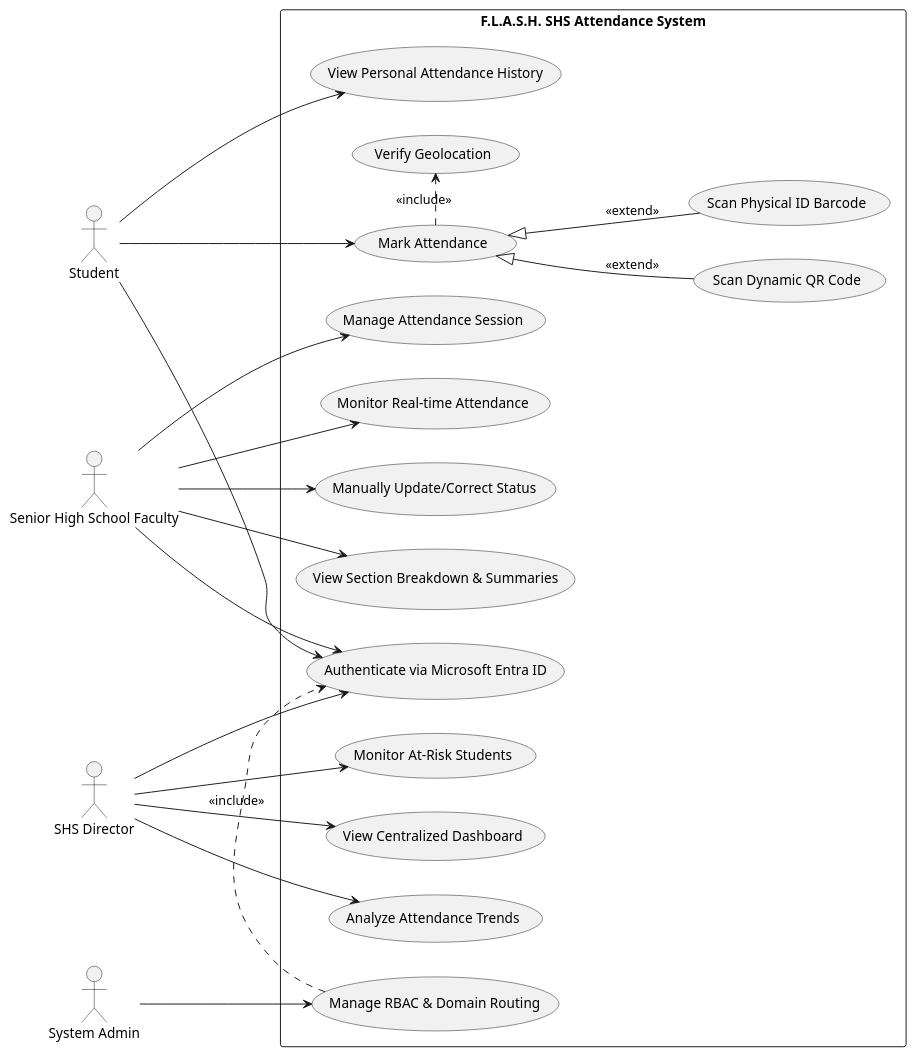
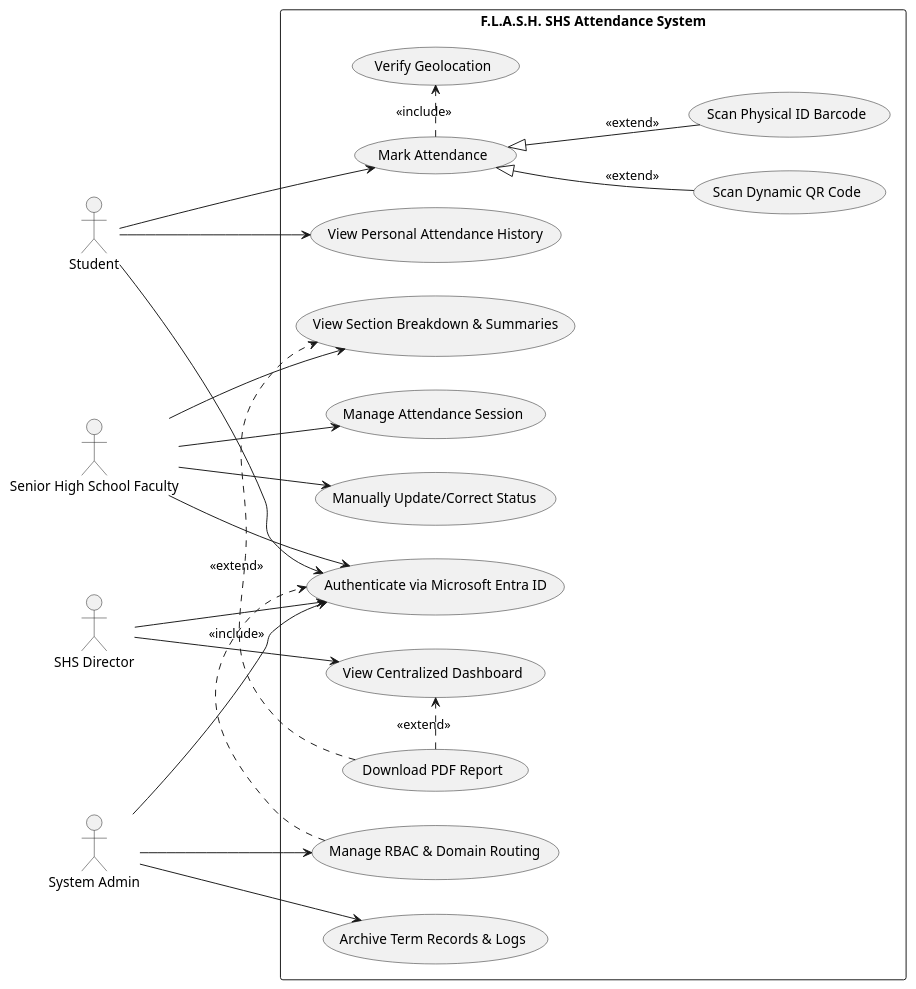
The diagram in docs/MSYADD1/Use case diagram for F.L.A.S.H.puml (APC-SoCIT/APC-2026-2027-T1-IT241-Grp2-F.L.A.S.H-Fast-Logging-Automated-Secure-Hybrid-attendance), drawn with PlantUML before and after one commit. The commit also changed other lines of this file, not shown here.

Commit message:
add PDF export and admin term archiving use cases

```diff
--- a/docs/MSYADD1/Use case diagram for F.L.A.S.H.puml
+++ b/docs/MSYADD1/Use case diagram for F.L.A.S.H.puml
@@ -1,65 +1,67 @@
 @startuml
 left to right direction
 skinparam packageStyle rectangle
- 
+
 ' Primary Actors
 actor "Student" as student
 actor "Senior High School Faculty" as faculty
 actor "SHS Director" as director
 actor "System Admin" as admin
- 
+
 package "F.L.A.S.H. SHS Attendance System" {
- 
+
     ' Authentication
     usecase "Authenticate via Microsoft Entra ID" as UC_Auth
- 
+
     ' Student Core Use Cases
     usecase "Mark Attendance" as UC_Mark
     usecase "Scan Dynamic QR Code" as UC_ScanQR
     usecase "Scan Physical ID Barcode" as UC_ScanID
     usecase "Verify Geolocation" as UC_Geo
     usecase "View Personal Attendance History" as UC_ViewStudentRecords
- 
+
     ' Professor Core Use Cases
     usecase "Manage Attendance Session" as UC_ManageSession
-    usecase "Monitor Real-time Attendance" as UC_Monitor
     usecase "Manually Update/Correct Status" as UC_ManageRecords
     usecase "View Section Breakdown & Summaries" as UC_FacultySummary
- 
+
     ' Director Core Use Cases
     usecase "View Centralized Dashboard" as UC_DirectorDash
-    usecase "Analyze Attendance Trends" as UC_Analyze
-    usecase "Monitor At-Risk Students" as UC_AtRisk
- 
+
+    ' Shared Reporting Core Use Cases
+    usecase "Download PDF Report" as UC_ExportPDF
+
     ' System Admin Core Use Cases
     usecase "Manage RBAC & Domain Routing" as UC_RBAC
+    usecase "Archive Term Records & Logs" as UC_Archive
 }
- 
+
 ' Authentication Links
 student --> UC_Auth
 faculty --> UC_Auth
 director --> UC_Auth
- 
+admin --> UC_Auth
+
 ' Student Connections
 student --> UC_Mark
 student --> UC_ViewStudentRecords
 UC_Mark <|-- UC_ScanQR : <<extend>>
 UC_Mark <|-- UC_ScanID : <<extend>>
 UC_Mark .> UC_Geo : <<include>>
- 
+
 ' Professor Connections
 faculty --> UC_ManageSession
-faculty --> UC_Monitor
 faculty --> UC_ManageRecords
 faculty --> UC_FacultySummary
- 
+UC_ExportPDF .> UC_FacultySummary : <<extend>>
+
 ' Director Connections
 director --> UC_DirectorDash
-director --> UC_Analyze
-director --> UC_AtRisk
- 
+UC_ExportPDF .> UC_DirectorDash : <<extend>>
+
 ' System Admin Connections
 admin --> UC_RBAC
+admin --> UC_Archive
 UC_RBAC .> UC_Auth : <<include>>
- 
+
 @enduml
```
